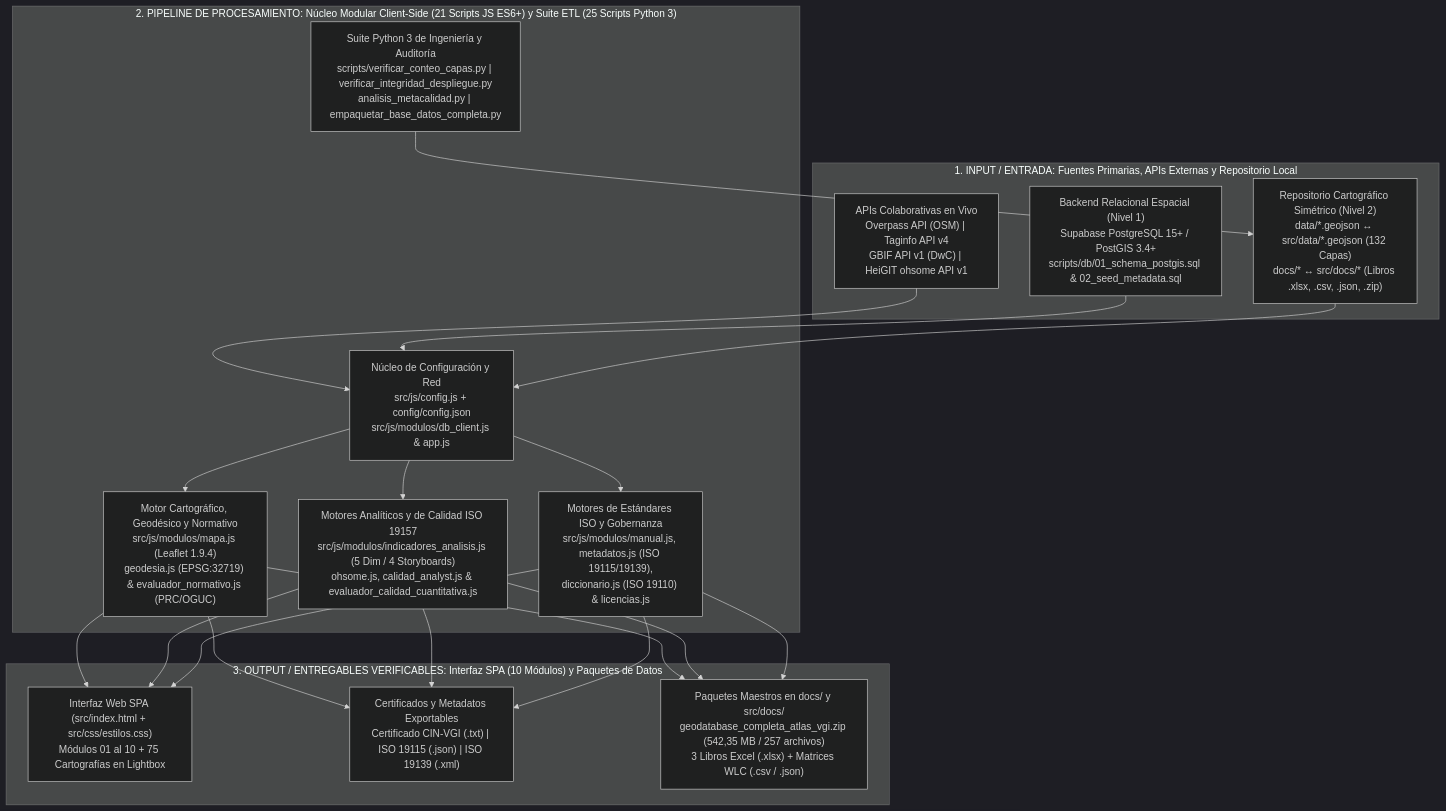
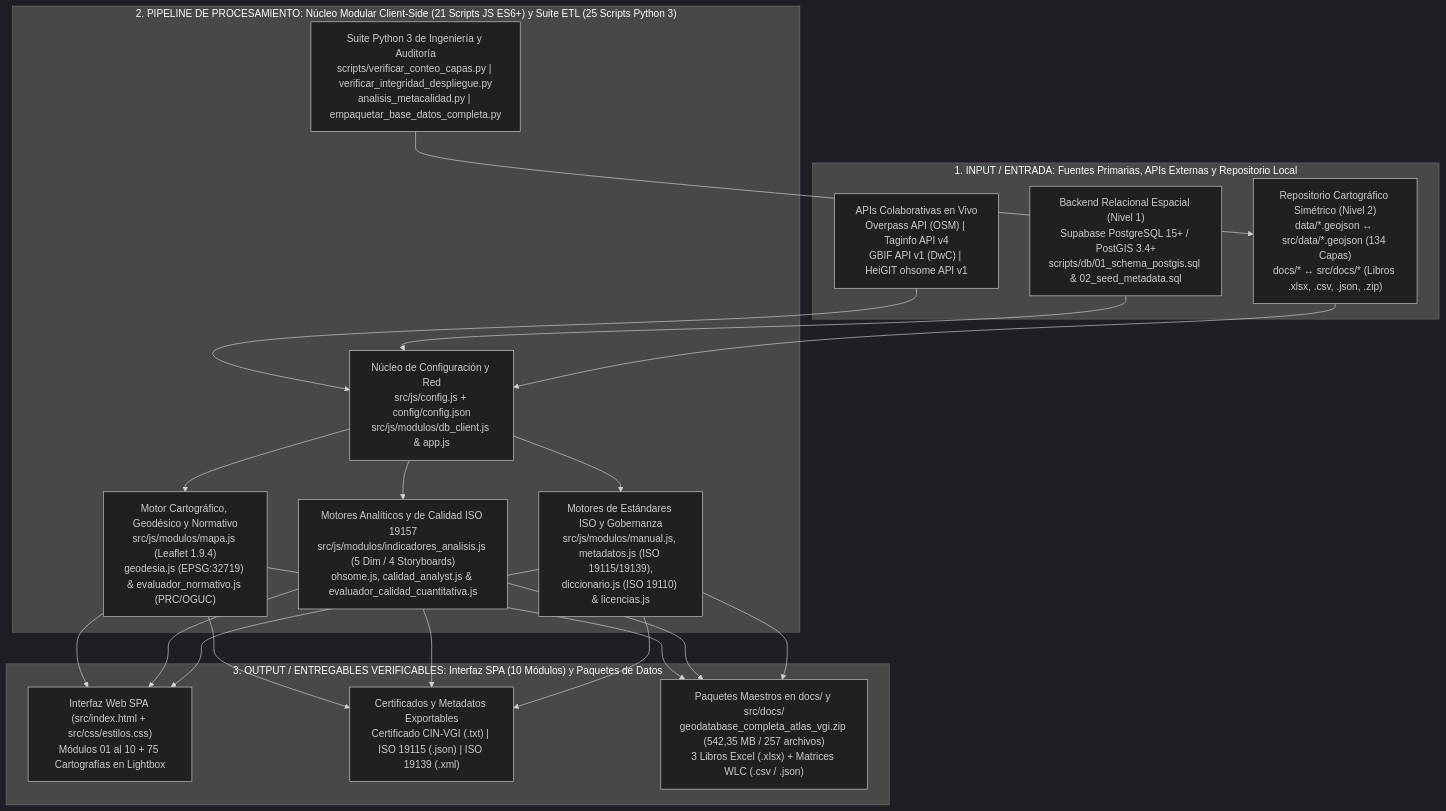
One commit to GEOJOTA/atlas_vgi_territorial changed the first of 4 diagrams in docs/ARQUITECTURA.md. Above: the diagram before and after it, drawn with Mermaid (dark theme). The commit also changed other lines of this file and 44 other files, not shown here.

````diff
--- a/docs/ARQUITECTURA.md
+++ b/docs/ARQUITECTURA.md
@@ -25,27 +25,27 @@
 ```mermaid
 flowchart TB
     subgraph CAPA1["1. INPUT / ENTRADA: Fuentes Primarias, APIs Externas y Repositorio Local"]
         F1["APIs Colaborativas en Vivo<br/>Overpass API (OSM) | Taginfo API v4<br/>GBIF API v1 (DwC) | HeiGIT ohsome API v1"]
         F2["Backend Relacional Espacial (Nivel 1)<br/>Supabase PostgreSQL 15+ / PostGIS 3.4+<br/>scripts/db/01_schema_postgis.sql & 02_seed_metadata.sql"]
-        F3["Repositorio Cartográfico Simétrico (Nivel 2)<br/>data/*.geojson ↔ src/data/*.geojson (132 Capas)<br/>docs/* ↔ src/docs/* (Libros .xlsx, .csv, .json, .zip)"]
+        F3["Repositorio Cartográfico Simétrico (Nivel 2)<br/>data/*.geojson ↔ src/data/*.geojson (134 Capas)<br/>docs/* ↔ src/docs/* (Libros .xlsx, .csv, .json, .zip)"]
     end
 
     subgraph CAPA2["2. PIPELINE DE PROCESAMIENTO: Núcleo Modular Client-Side (21 Scripts JS ES6+) y Suite ETL (25 Scripts Python 3)"]
         N1["Núcleo de Configuración y Red<br/>src/js/config.js + config/config.json<br/>src/js/modulos/db_client.js & app.js"]
         N2["Motor Cartográfico, Geodésico y Normativo<br/>src/js/modulos/mapa.js (Leaflet 1.9.4)<br/>geodesia.js (EPSG:32719) & evaluador_normativo.js (PRC/OGUC)"]
         N3["Motores Analíticos y de Calidad ISO 19157<br/>src/js/modulos/indicadores_analisis.js (5 Dim / 4 Storyboards)<br/>ohsome.js, calidad_analyst.js & evaluador_calidad_cuantitativa.js"]
         N4["Motores de Estándares ISO y Gobernanza<br/>src/js/modulos/manual.js, metadatos.js (ISO 19115/19139),<br/>diccionario.js (ISO 19110) & licencias.js"]
         N5["Suite Python 3 de Ingeniería y Auditoría<br/>scripts/verificar_conteo_capas.py | verificar_integridad_despliegue.py<br/>analisis_metacalidad.py | empaquetar_base_datos_completa.py"]
     end
 
     subgraph CAPA3["3. OUTPUT / ENTREGABLES VERIFICABLES: Interfaz SPA (10 Módulos) y Paquetes de Datos"]
         S1["Interfaz Web SPA (src/index.html + src/css/estilos.css)<br/>Módulos 01 al 10 + 75 Cartografías en Lightbox"]
         S2["Certificados y Metadatos Exportables<br/>Certificado CIN-VGI (.txt) | ISO 19115 (.json) | ISO 19139 (.xml)"]
         S3["Paquetes Maestros en docs/ y src/docs/<br/>geodatabase_completa_atlas_vgi.zip (542,35 MB / 257 archivos)<br/>3 Libros Excel (.xlsx) + Matrices WLC (.csv / .json)"]
     end
 
     F1 & F2 & F3 --> N1
     N5 --> F3
     N1 --> N2 & N3 & N4
     N2 & N3 & N4 --> S1 & S2 & S3
 ```
````
